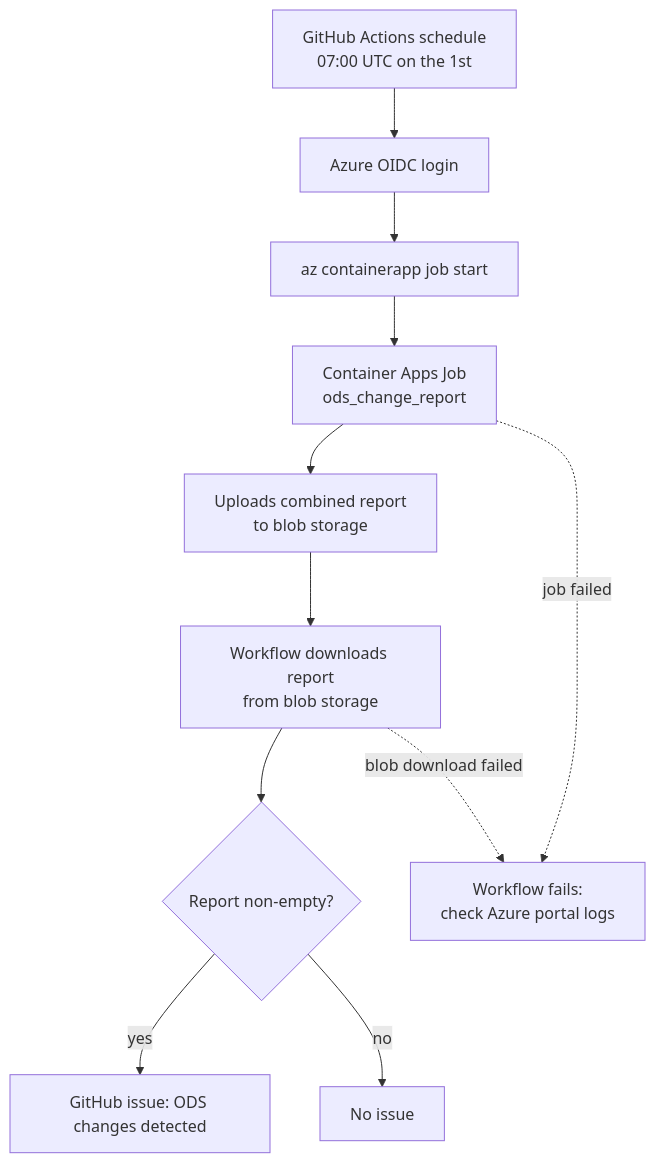
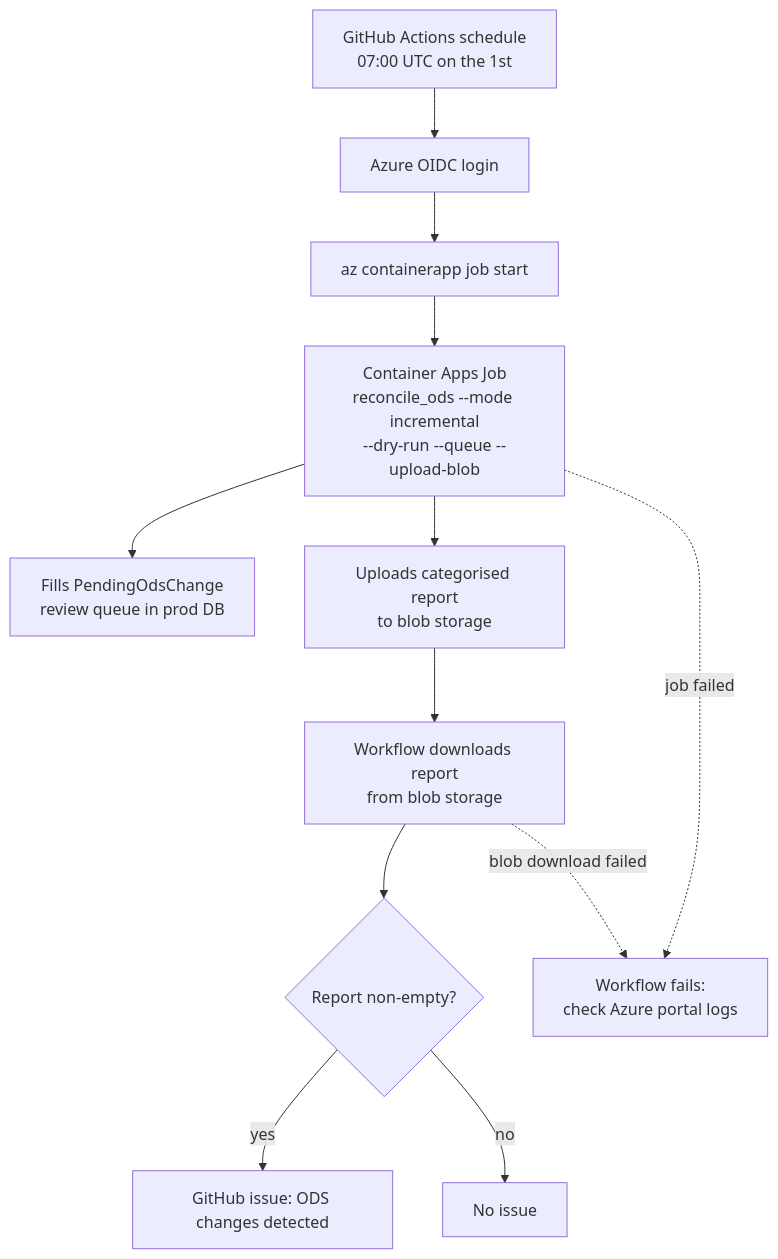
The diagram in documentation/docs/developer/ods-change-detection.md (rcpch/rcpch-nhs-organisations), drawn with Mermaid before and after one commit. The commit also changed other lines of this file and 8 other files, not shown here.

First line of the commit message:
docs(ods-sync): rewrite ODS sync docs for the shipped reconcile_ods

````diff
--- a/documentation/docs/developer/ods-change-detection.md
+++ b/documentation/docs/developer/ods-change-detection.md
@@ -19,13 +46,14 @@
 ```mermaid
 graph TD
     A[GitHub Actions schedule<br/>07:00 UTC on the 1st] --> B[Azure OIDC login]
     B --> C[az containerapp job start]
-    C --> D[Container Apps Job<br/>ods_change_report]
-    D --> E[Uploads combined report<br/>to blob storage]
+    C --> D[Container Apps Job<br/>reconcile_ods --mode incremental<br/>--dry-run --queue --upload-blob]
+    D --> K[Fills PendingOdsChange<br/>review queue in prod DB]
+    D --> E[Uploads categorised report<br/>to blob storage]
     E --> F[Workflow downloads report<br/>from blob storage]
     F --> G{Report non-empty?}
     G -- yes --> H[GitHub issue: ODS changes detected]
     G -- no --> I[No issue]
     D -. job failed .-> J[Workflow fails:<br/>check Azure portal logs]
     F -. blob download failed .-> J
 ```
````
